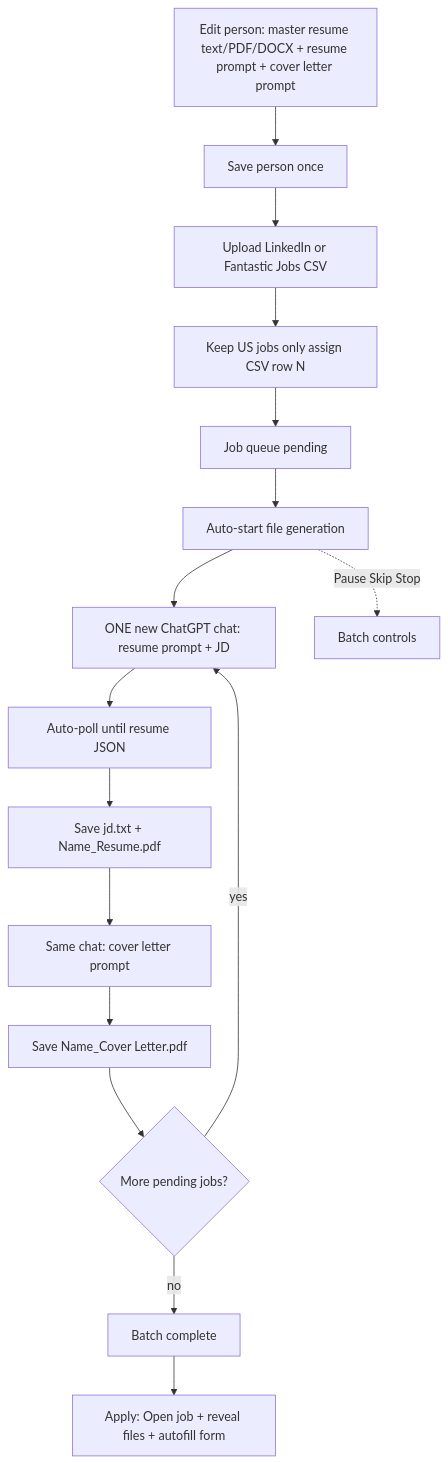
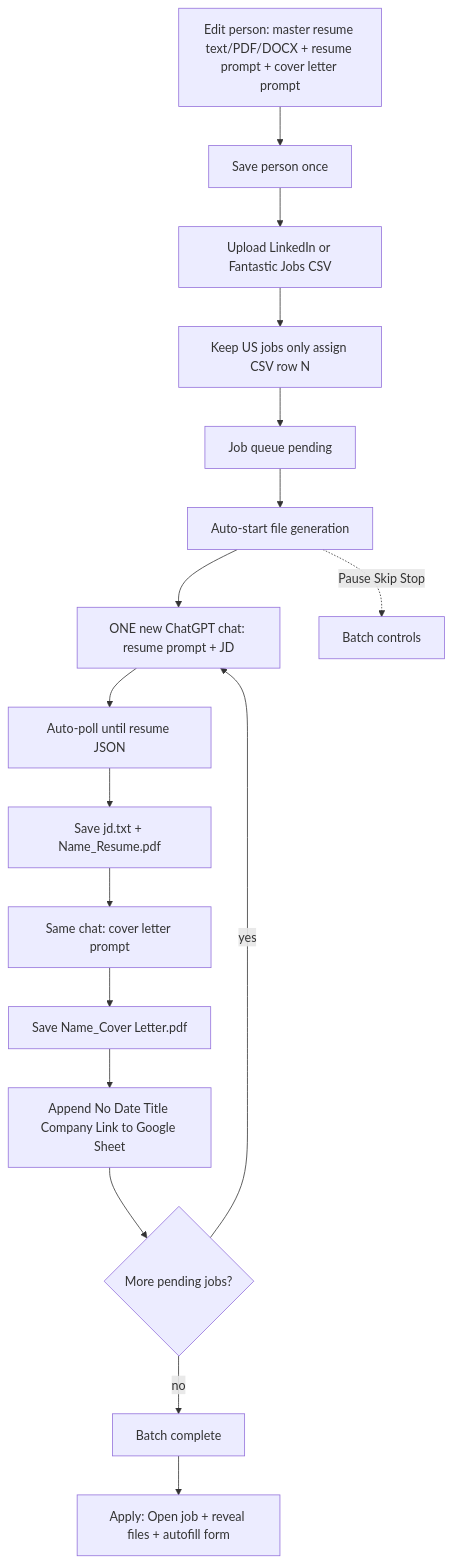
One commit to brightstar-0813/brightstar-bid-bot changed the diagram in README.md. Above: the diagram before and after it, drawn with Mermaid. The commit also changed other lines of this file and 5 other files, not shown here.

First line of the commit message:
feat: append completed jobs to Google Sheet as No/Date/Title/Company/Link

````diff
--- a/README.md
+++ b/README.md
@@ -36,18 +36,19 @@
 ```mermaid
 flowchart TD
   setup[Edit person: master resume text/PDF/DOCX + resume prompt + cover letter prompt] --> savePerson[Save person once]
   savePerson --> uploadCsv[Upload LinkedIn or Fantastic Jobs CSV]
   uploadCsv --> filterUs[Keep US jobs only assign CSV row N]
   filterUs --> queue[Job queue pending]
   queue --> startBatch[Auto-start file generation]
   startBatch --> resumeChat[ONE new ChatGPT chat: resume prompt + JD]
   resumeChat --> pollJson[Auto-poll until resume JSON]
   pollJson --> saveFiles[Save jd.txt + Name_Resume.pdf]
   saveFiles --> clChat[Same chat: cover letter prompt]
   clChat --> saveCl[Save Name_Cover Letter.pdf]
-  saveCl --> nextJob{More pending jobs?}
+  saveCl --> sheetAppend[Append No Date Title Company Link to Google Sheet]
+  sheetAppend --> nextJob{More pending jobs?}
   nextJob -->|yes| resumeChat
   nextJob -->|no| done[Batch complete]
   done --> apply[Apply: Open job + reveal files + autofill form]
   startBatch -.->|Pause Skip Stop| controls[Batch controls]
 ```
````
